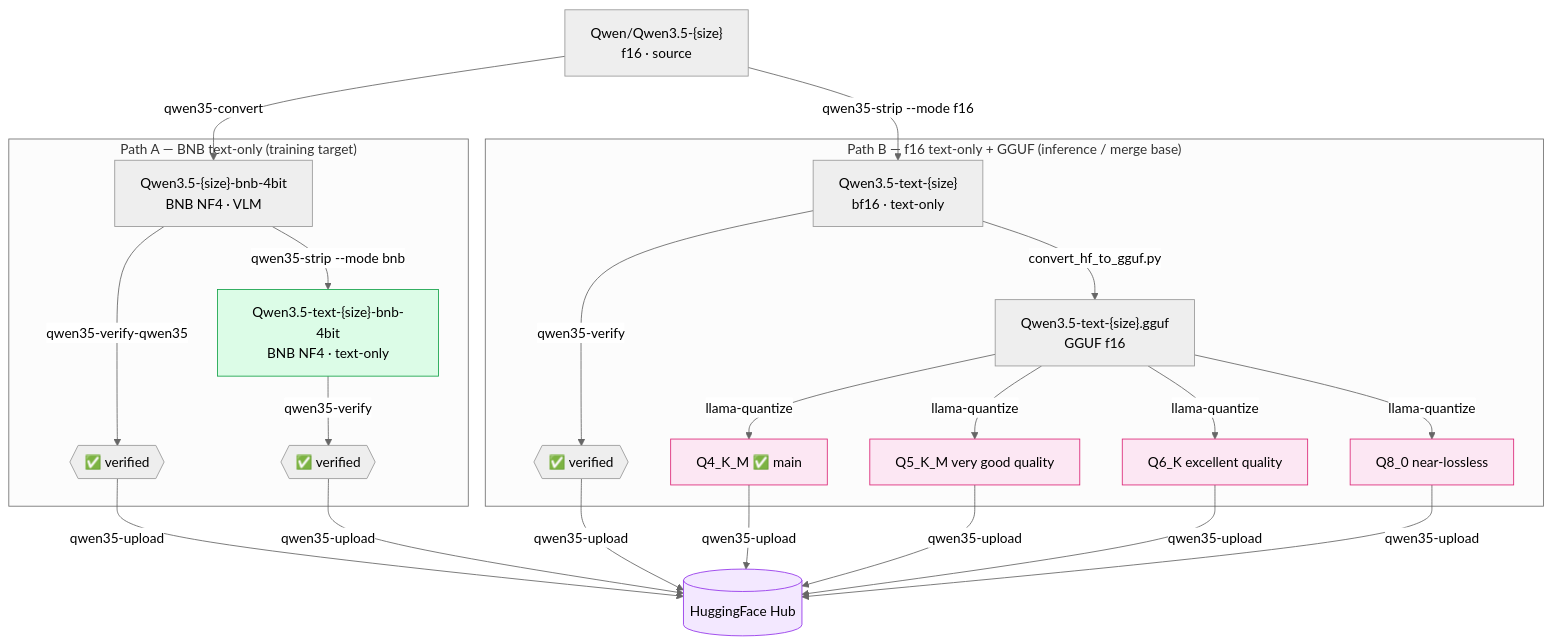
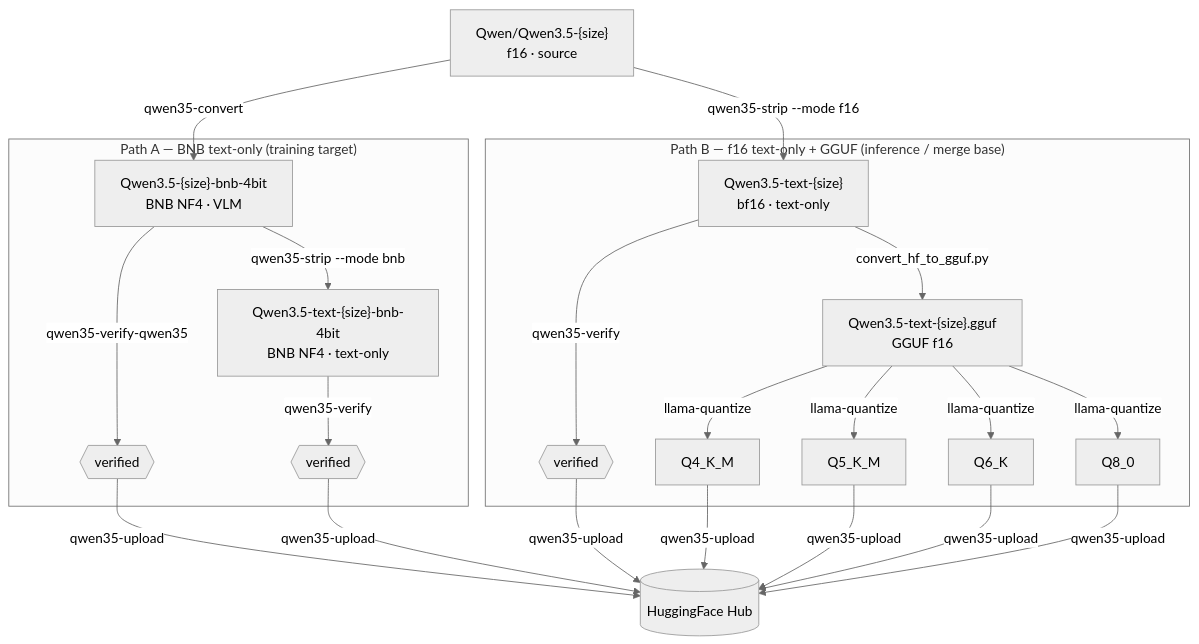
Before and after one commit to techwithsergiu/qwen35-toolkit: the second of 2 diagrams in model_cards/README_Qwen3.5-text-bnb-4bit.md, drawn with Mermaid (neutral theme). The commit also changed other lines of this file and 3 other files, not shown here.

````diff
--- a/model_cards/README_Qwen3.5-text-bnb-4bit.md
+++ b/model_cards/README_Qwen3.5-text-bnb-4bit.md
@@ -131,49 +135,42 @@
 ```mermaid
 flowchart TD
     SRC["Qwen/Qwen3.5-{size}<br/>f16 · source"]
 
     subgraph PATH_A ["Path A — BNB text-only  (training target)"]
         BNBVLM["Qwen3.5-{size}-bnb-4bit<br/>BNB NF4 · VLM"]
         TEXTBNB["Qwen3.5-text-{size}-bnb-4bit<br/>BNB NF4 · text-only"]
-        V1{{"✅ verified"}}
-        V3{{"✅ verified"}}
+        V1{{"verified"}}
+        V3{{"verified"}}
         BNBVLM -->|"qwen35-strip --mode bnb"| TEXTBNB
         BNBVLM -->|"qwen35-verify-qwen35"| V1
         TEXTBNB -->|"qwen35-verify"| V3
     end
 
     subgraph PATH_B ["Path B — f16 text-only + GGUF  (inference / merge base)"]
         TEXTF16["Qwen3.5-text-{size}<br/>bf16 · text-only"]
-        V2{{"✅ verified"}}
+        V2{{"verified"}}
         GGUUF16["Qwen3.5-text-{size}.gguf<br/>GGUF f16"]
-        Q4["Q4_K_M ✅ main"]
-        Q5KM["Q5_K_M very good quality"]
-        Q6K["Q6_K excellent quality"]
-        Q8["Q8_0 near-lossless"]
+        Q4["Q4_K_M"]
+        Q5KM["Q5_K_M"]
+        Q6K["Q6_K"]
+        Q8["Q8_0"]
         TEXTF16 -->|"qwen35-verify"| V2
         TEXTF16 -->|"convert_hf_to_gguf.py"| GGUUF16
         GGUUF16 -->|"llama-quantize"| Q4
         GGUUF16 -->|"llama-quantize"| Q5KM
         GGUUF16 -->|"llama-quantize"| Q6K
         GGUUF16 -->|"llama-quantize"| Q8
     end
 
     HUB[("HuggingFace Hub")]
 
     SRC -->|"qwen35-convert"| BNBVLM
     SRC -->|"qwen35-strip --mode f16"| TEXTF16
     V1 -->|"qwen35-upload"| HUB
     V3 -->|"qwen35-upload"| HUB
     V2 -->|"qwen35-upload"| HUB
     Q4   -->|"qwen35-upload"| HUB
     Q5KM -->|"qwen35-upload"| HUB
     Q6K  -->|"qwen35-upload"| HUB
     Q8   -->|"qwen35-upload"| HUB
-
-    style TEXTBNB fill:#dcfce7,stroke:#16a34a
-    style Q4     fill:#fce7f3,stroke:#db2777
-    style Q5KM   fill:#fce7f3,stroke:#db2777
-    style Q6K    fill:#fce7f3,stroke:#db2777
-    style Q8     fill:#fce7f3,stroke:#db2777
-    style HUB    fill:#f3e8ff,stroke:#9333ea
 ```
````
